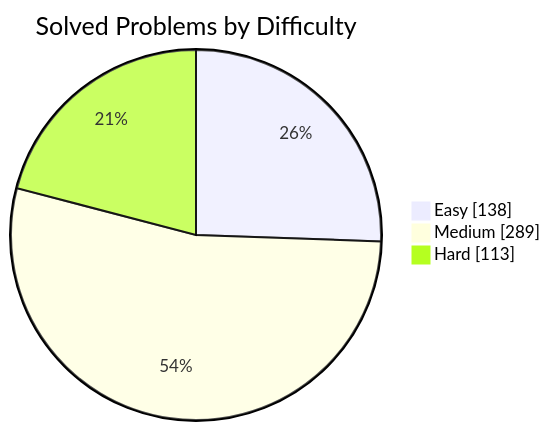
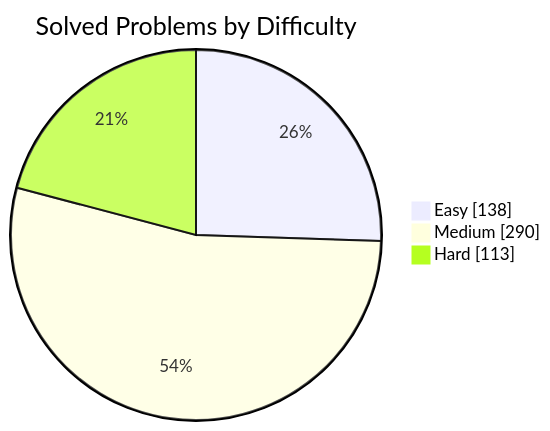
One commit to manikantbindass/DSA-Preparation-FAANG changed the first of 2 diagrams in README.md. Above: the diagram before and after it, drawn with Mermaid. The commit also changed other lines of this file and 1 other file, not shown here.

````diff
--- a/README.md
+++ b/README.md
@@ -79,7 +79,7 @@
 ```mermaid
 pie showData
     title Solved Problems by Difficulty
     "Easy" : 138
-    "Medium" : 289
+    "Medium" : 290
     "Hard" : 113
 ```
````
